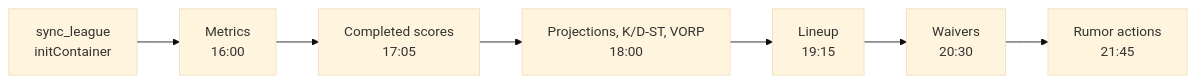
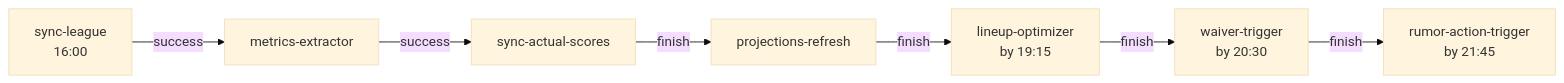
One commit to cvillarr23/fantasy-infra changed the first of 2 diagrams in docs/cronjob-schedule-order.md. Above: the diagram before and after it, drawn with Mermaid (base theme). The commit also changed other lines of this file and 28 other files, not shown here.

````diff
--- a/docs/cronjob-schedule-order.md
+++ b/docs/cronjob-schedule-order.md
@@ -13,9 +13,9 @@
 ```mermaid
 flowchart LR
-    A[sync_league<br/>initContainer] --> B[Metrics<br/>16:00]
-    B --> C[Completed scores<br/>17:05]
-    C --> D[Projections, K/D-ST, VORP<br/>18:00]
-    D --> E[Lineup<br/>19:15]
-    E --> F[Waivers<br/>20:30]
-    F --> G[Rumor actions<br/>21:45]
+    A[sync-league<br/>16:00] -->|success| B[metrics-extractor]
+    B -->|success| C[sync-actual-scores]
+    C -->|finish| D[projections-refresh]
+    D -->|finish| E[lineup-optimizer<br/>by 19:15]
+    E -->|finish| F[waiver-trigger<br/>by 20:30]
+    F -->|finish| G[rumor-action-trigger<br/>by 21:45]
 ```
````
